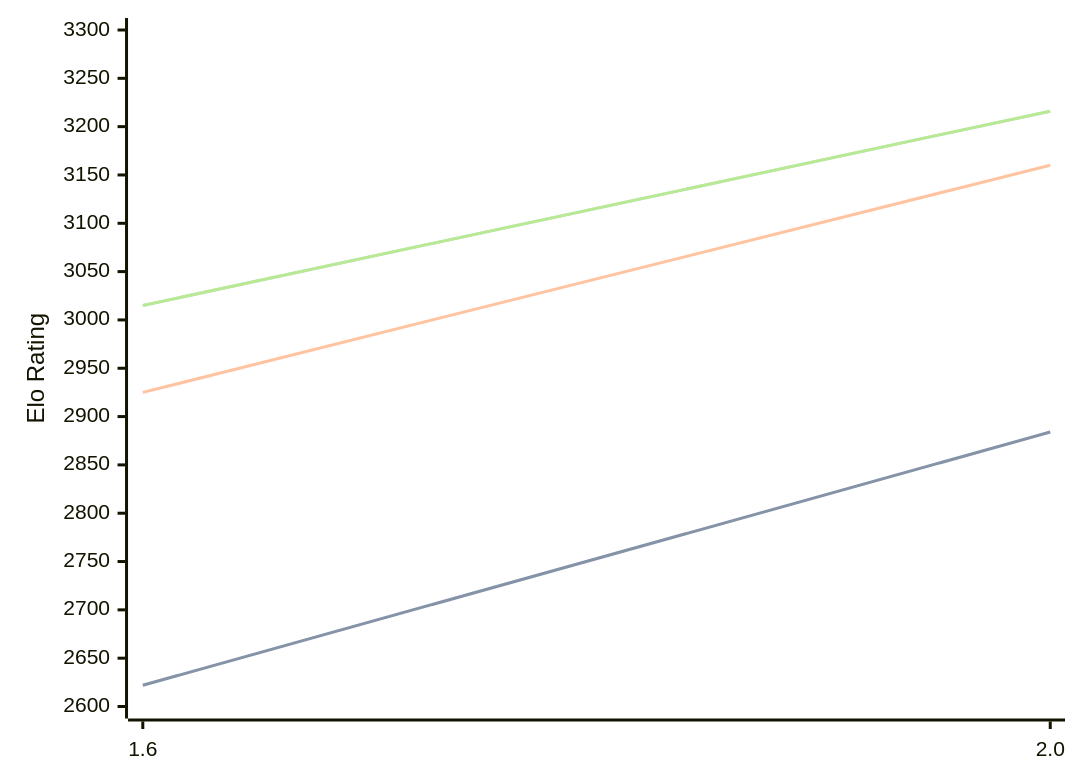
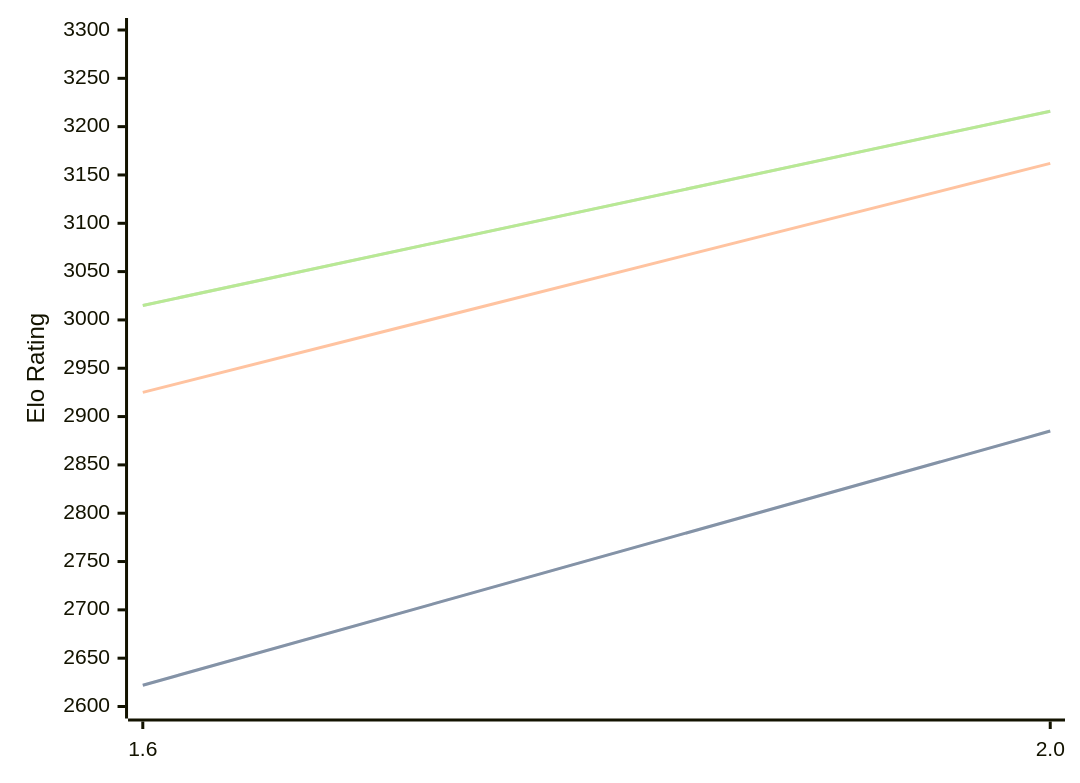
The diagram in engines/Onyx.md (computer-chess-index/cci), drawn with Mermaid before and after one commit. The commit also changed other lines of this file, not shown here.

````diff
--- a/engines/Onyx.md
+++ b/engines/Onyx.md
@@ -32,11 +32,11 @@
 ```mermaid
 %%{init: {"theme":"base","themeVariables":{"seriesColors:['#a3a3a3','#222221','#faa371']}}}%%
 xychart-beta
   x-axis ["1.6", "2.0"]
   y-axis "Elo Rating" 2600 --> 3300
-  line "STC (8.0+0.08s)" [2622, 2884]
-  line "STC (8.0+0.08s)" [2622, 2884]
-  line "LTC (60.0+0.60s)" [2925, 3160]
+  line "STC (8.0+0.08s)" [2622, 2885]
+  line "STC (8.0+0.08s)" [2622, 2885]
+  line "LTC (60.0+0.60s)" [2925, 3162]
   line "VLTC (2m24s+1.12s)" [3015, 3216]
   line "VLTC (2m24s+1.12s)" [3015, 3216]
 ```
````
